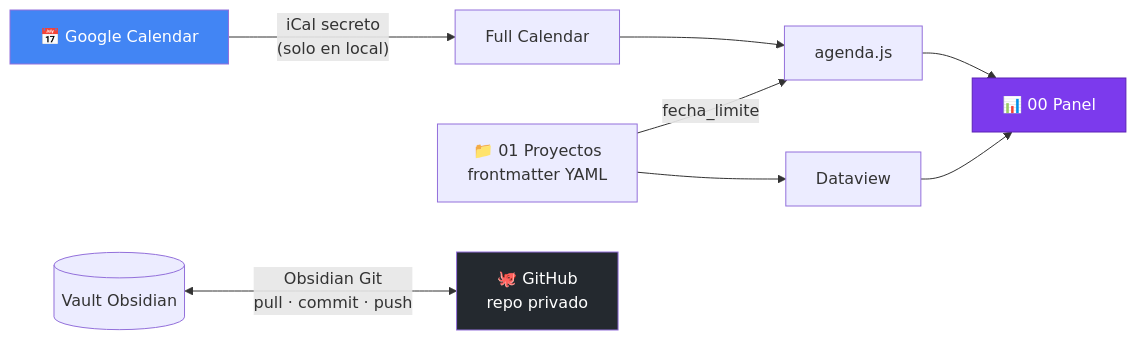
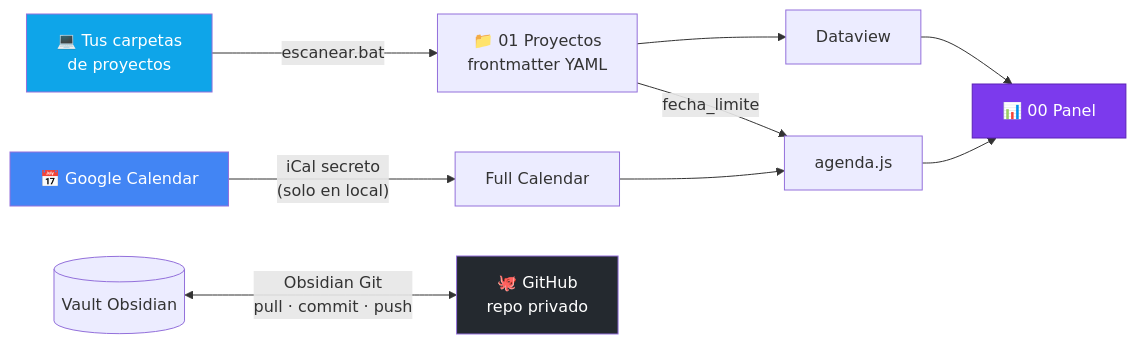
Before and after one commit to jmstudio14/cerebrojm: the first of 2 diagrams in README.md, drawn with Mermaid. The commit also changed other lines of this file and 15 other files, not shown here.

````diff
--- a/README.md
+++ b/README.md
@@ -91,14 +108,16 @@
 ```mermaid
 flowchart LR
+    CARP["💻 Tus carpetas<br/>de proyectos"] -- "escanear.bat" --> PR
     GC["📅 Google Calendar"] -- "iCal secreto<br/>(solo en local)" --> FC["Full Calendar"]
     FC --> AG["agenda.js"]
     PR["📁 01 Proyectos<br/>frontmatter YAML"] --> DV["Dataview"]
     PR -- "fecha_limite" --> AG
     DV --> PANEL["📊 00 Panel"]
     AG --> PANEL
     VAULT[("Vault Obsidian")] <-- "Obsidian Git<br/>pull · commit · push" --> GH["🐙 GitHub<br/>repo privado"]
 
     style PANEL fill:#7c3aed,color:#fff,stroke:#5b21b6
     style GH fill:#24292f,color:#fff
     style GC fill:#4285f4,color:#fff
+    style CARP fill:#0ea5e9,color:#fff
 ```
````
